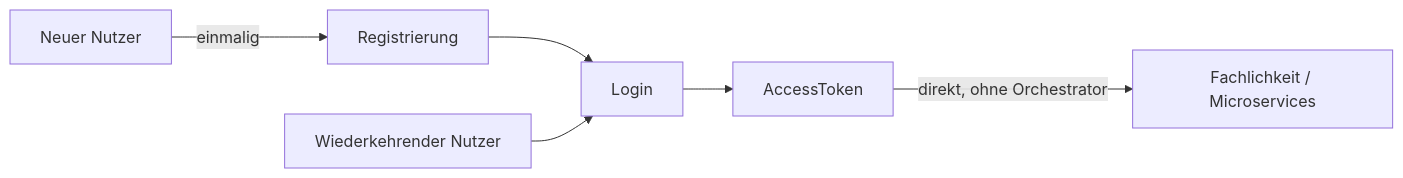
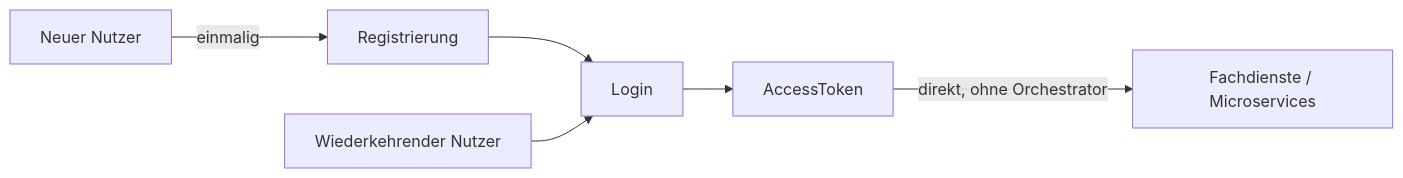
Before and after one commit to rpreissel/DPoP-demo: the diagram in docs/01-ueberblick.md, drawn with Mermaid. The commit also changed other lines of this file and 19 other files, not shown here.

````diff
--- a/docs/01-ueberblick.md
+++ b/docs/01-ueberblick.md
@@ -9,8 +9,8 @@
 ```mermaid
 flowchart LR
   N["Neuer Nutzer"] -- einmalig --> R["Registrierung"]
   R --> L
   B["Wiederkehrender Nutzer"] --> L["Login"]
   L --> T["AccessToken"]
-  T -- "direkt, ohne Orchestrator" --> F["Fachlichkeit / Microservices"]
+  T -- "direkt, ohne Orchestrator" --> F["Fachdienste / Microservices"]
 ```
````
